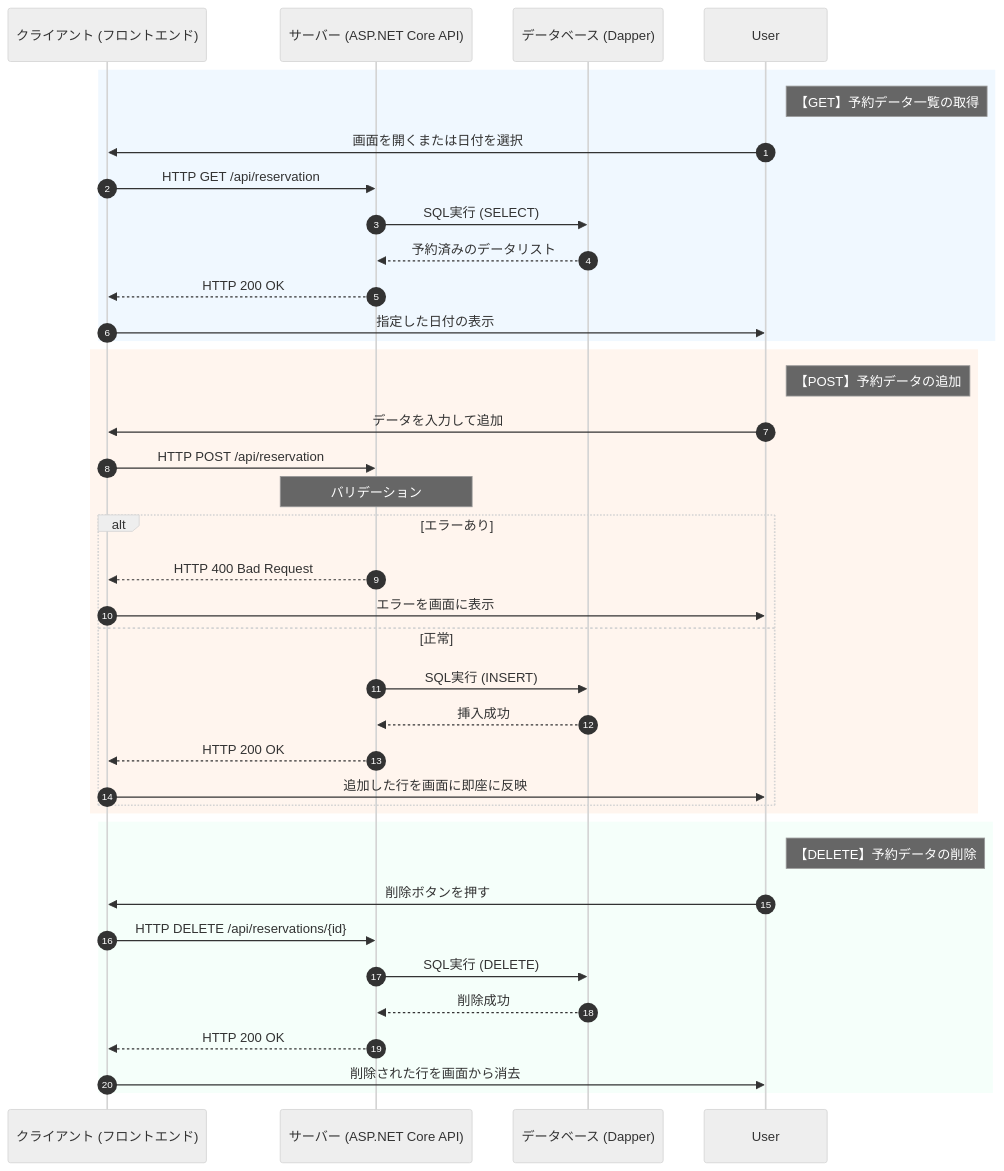
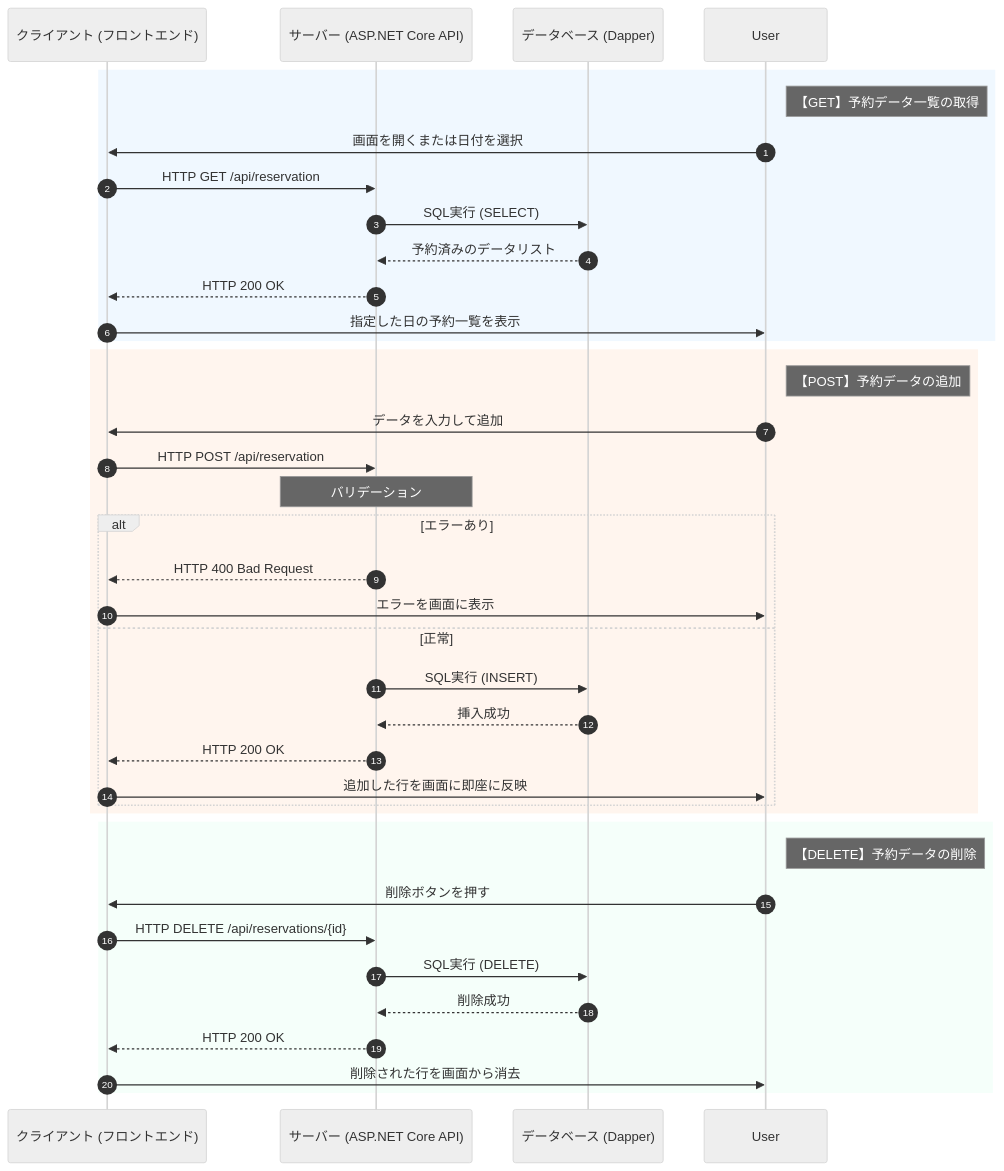
The diagram in README.md (hosotanik/Term2Team4), drawn with Mermaid (neutral theme) before and after one commit.

````diff
--- a/README.md
+++ b/README.md
@@ -17,43 +17,43 @@
 ```mermaid
 sequenceDiagram
     autonumber
     participant Client as クライアント (フロントエンド)
     participant Server as サーバー (ASP.NET Core API)
     participant DB as データベース (Dapper)
 
     rect rgb(240, 248, 255)
         note right of User: 【GET】予約データ一覧の取得
         User->>Client: 画面を開くまたは日付を選択
         Client->>Server: HTTP GET /api/reservation
         Server->>DB: SQL実行 (SELECT)
         DB-->>Server: 予約済みのデータリスト
         Server-->>Client: HTTP 200 OK
-        Client->>User: 指定した日付の表示
+        Client->>User: 指定した日の予約一覧を表示
     end
 
     rect rgb(255, 245, 238)
         note right of User: 【POST】予約データの追加
         User->>Client: データを入力して追加
         Client->>Server: HTTP POST /api/reservation
         note over Server: バリデーション
         alt エラーあり
             Server-->>Client: HTTP 400 Bad Request
             Client->>User: エラーを画面に表示
         else 正常
             Server->>DB: SQL実行 (INSERT)
             DB-->>Server: 挿入成功
             Server-->>Client: HTTP 200 OK
             Client->>User: 追加した行を画面に即座に反映
         end
     end
 
     rect rgb(245, 255, 250)
         note right of User: 【DELETE】予約データの削除
         User->>Client: 削除ボタンを押す
         Client->>Server: HTTP DELETE /api/reservations/{id}
         Server->>DB: SQL実行 (DELETE)
         DB-->>Server: 削除成功
         Server-->>Client: HTTP 200 OK
         Client->>User: 削除された行を画面から消去
     end
 ```
````
